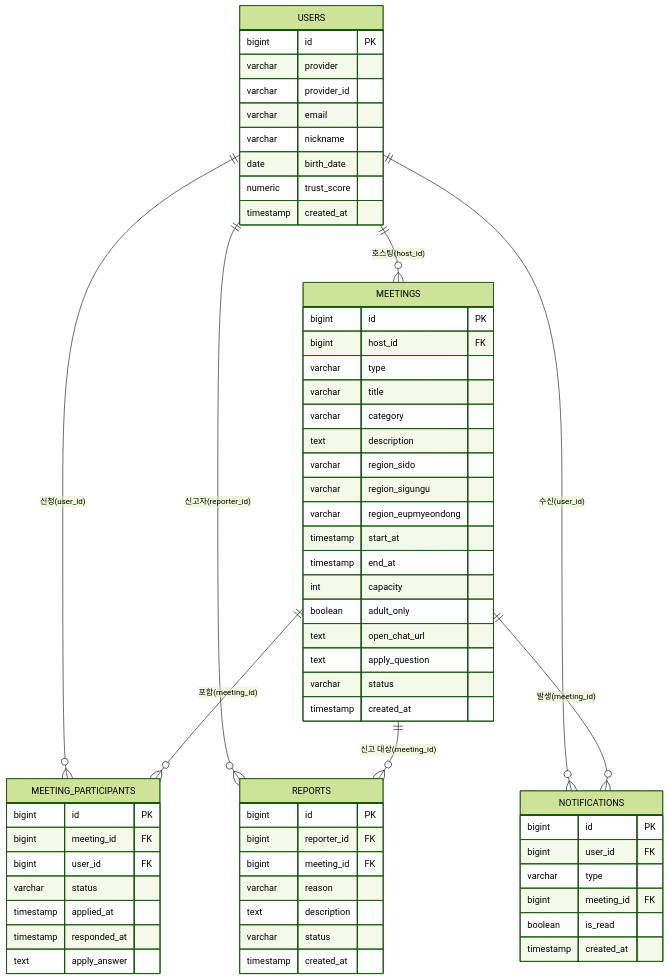
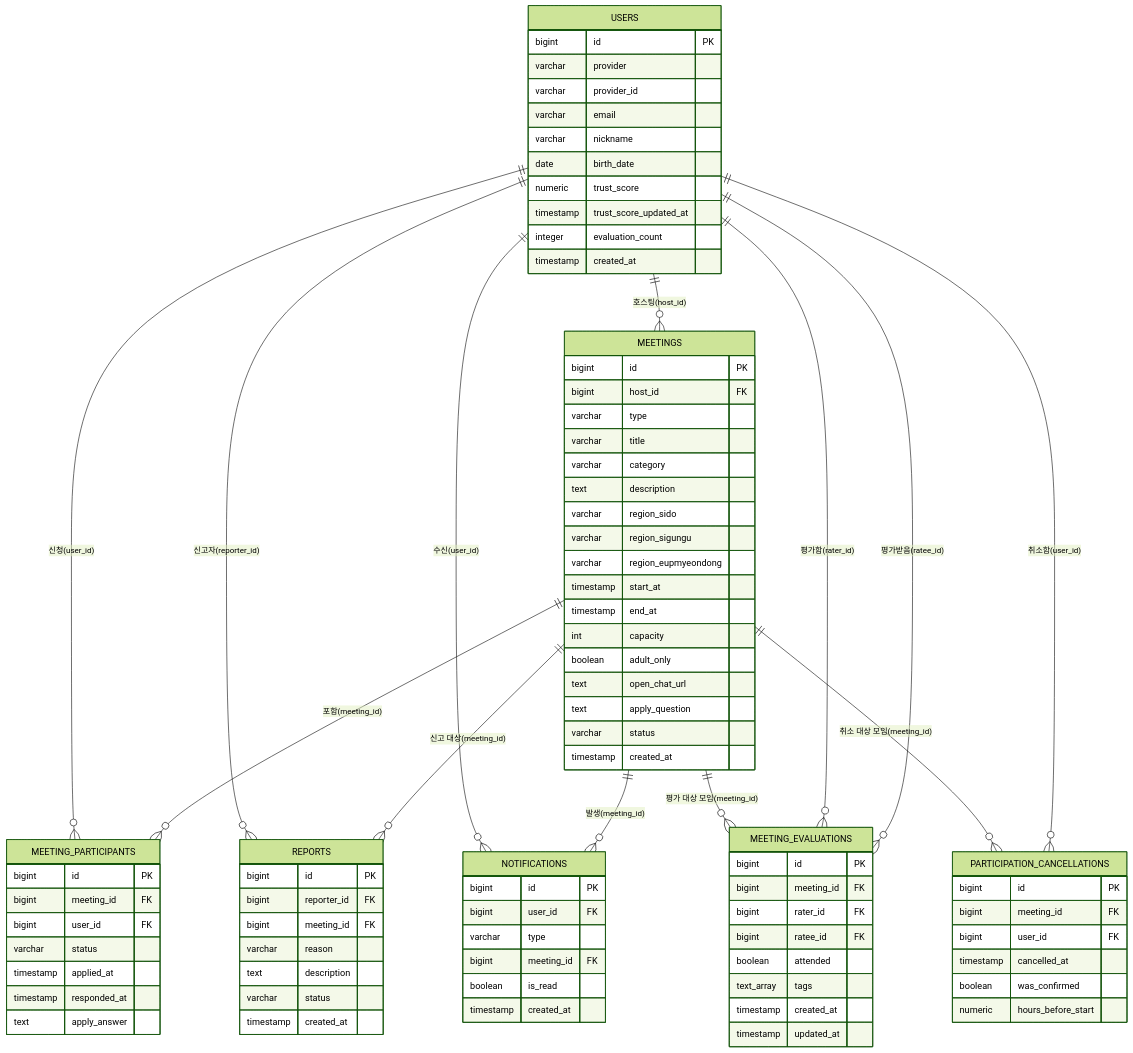
One commit to Mureung1/hub-showcase changed the diagram in bungae-moim-backend/docs/번개모임_소모임_DB_스키마_설계서.md. Above: the diagram before and after it, drawn with Mermaid (forest theme). The commit also changed other lines of this file and 3 other files, not shown here.

````diff
--- a/bungae-moim-backend/docs/번개모임_소모임_DB_스키마_설계서.md
+++ b/bungae-moim-backend/docs/번개모임_소모임_DB_스키마_설계서.md
@@ -15,6 +15,11 @@
     MEETINGS ||--o{ REPORTS : "신고 대상(meeting_id)"
     USERS ||--o{ NOTIFICATIONS : "수신(user_id)"
     MEETINGS ||--o{ NOTIFICATIONS : "발생(meeting_id)"
+    MEETINGS ||--o{ MEETING_EVALUATIONS : "평가 대상 모임(meeting_id)"
+    USERS ||--o{ MEETING_EVALUATIONS : "평가함(rater_id)"
+    USERS ||--o{ MEETING_EVALUATIONS : "평가받음(ratee_id)"
+    MEETINGS ||--o{ PARTICIPATION_CANCELLATIONS : "취소 대상 모임(meeting_id)"
+    USERS ||--o{ PARTICIPATION_CANCELLATIONS : "취소함(user_id)"
 
     USERS {
         bigint id PK
@@ -24,6 +29,8 @@
         varchar nickname
         date birth_date
         numeric trust_score
+        timestamp trust_score_updated_at
+        integer evaluation_count
         timestamp created_at
     }
     MEETINGS {
@@ -71,4 +78,22 @@
         boolean is_read
         timestamp created_at
     }
+    MEETING_EVALUATIONS {
+        bigint id PK
+        bigint meeting_id FK
+        bigint rater_id FK
+        bigint ratee_id FK
+        boolean attended
+        text_array tags
+        timestamp created_at
+        timestamp updated_at
+    }
+    PARTICIPATION_CANCELLATIONS {
+        bigint id PK
+        bigint meeting_id FK
+        bigint user_id FK
+        timestamp cancelled_at
+        boolean was_confirmed
+        numeric hours_before_start
+    }
 ```
````
